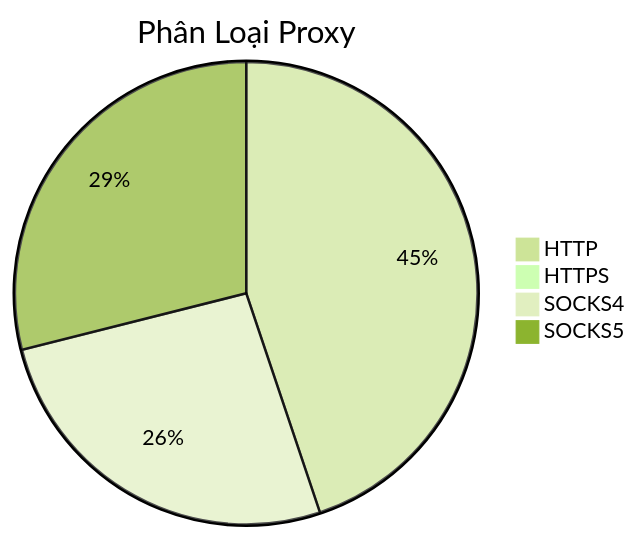
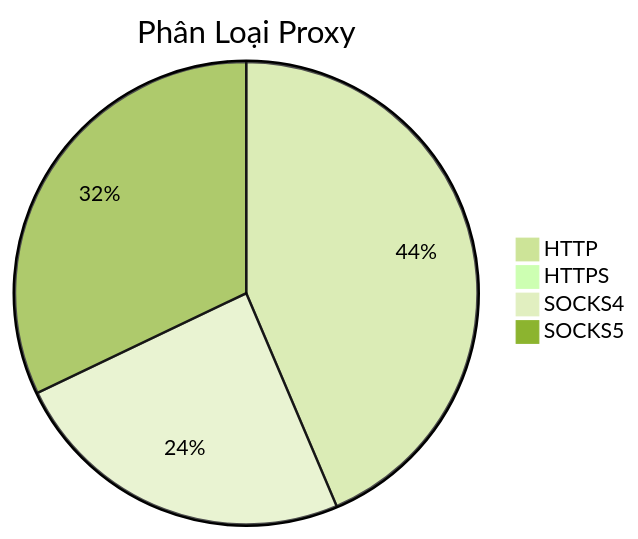
One commit to Ciara-12/PROXY-free changed the diagram in README.md. Above: the diagram before and after it, drawn with Mermaid (forest theme). The commit also changed other lines of this file and 4 other files, not shown here.

````diff
--- a/README.md
+++ b/README.md
@@ -26,7 +26,7 @@
 ```mermaid
 pie title Phân Loại Proxy
-    "HTTP" : 730
-    "HTTPS" : 0
-    "SOCKS4" : 427
-    "SOCKS5" : 471
+    "HTTP" : 802
+    "HTTPS" : 1
+    "SOCKS4" : 447
+    "SOCKS5" : 590
 ```
````
